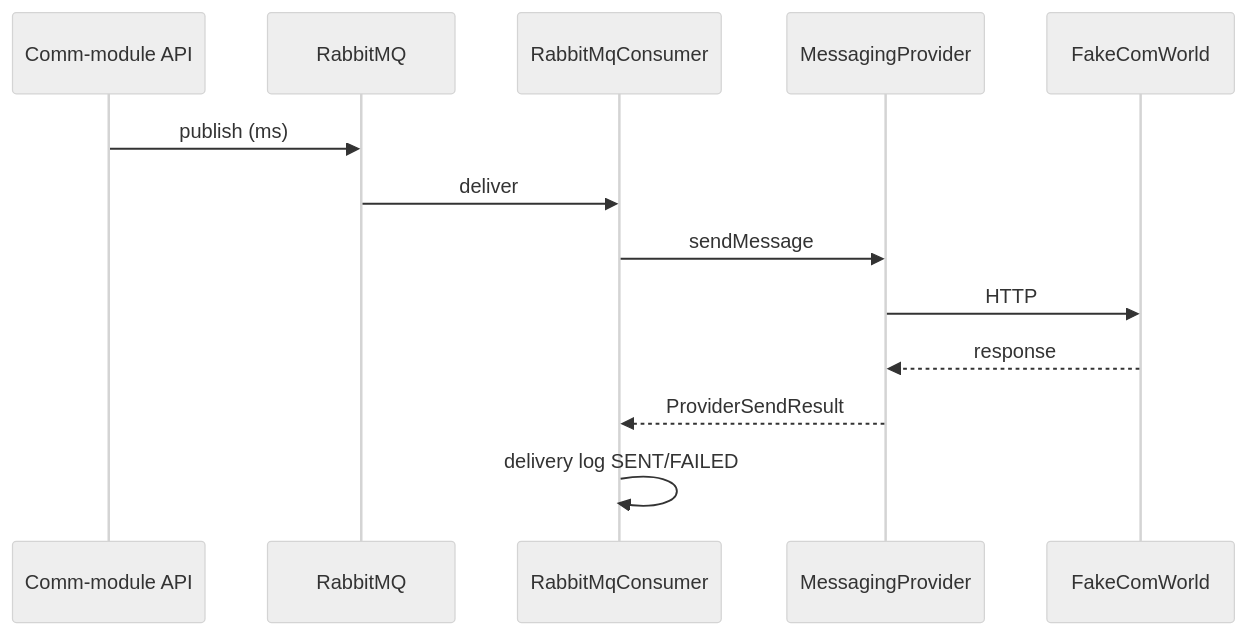
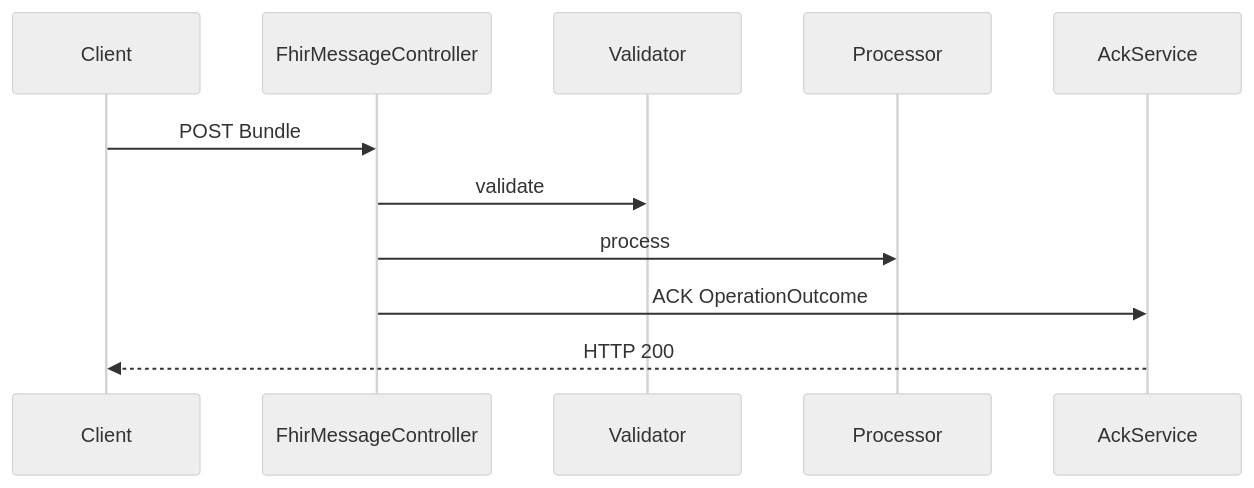
Before and after one commit to BoyanKloosterman/openmrs-comm-module: the diagram in PERFORMANCERAPPORTAGE.md, drawn with Mermaid (neutral theme). The commit also changed other lines of this file and 4 other files, not shown here.

````diff
--- a/PERFORMANCERAPPORTAGE.md
+++ b/PERFORMANCERAPPORTAGE.md
@@ -103,15 +101,13 @@
 ```mermaid
 sequenceDiagram
-  participant API as Comm-module API
-  participant Q as RabbitMQ
-  participant C as RabbitMqConsumer
-  participant P as MessagingProvider
-  participant F as FakeComWorld
-  API->>Q: publish (ms)
-  Q->>C: deliver
-  C->>P: sendMessage
-  P->>F: HTTP
-  F-->>P: response
-  P-->>C: ProviderSendResult
-  C->>C: delivery log SENT/FAILED
+  participant C as Client
+  participant API as FhirMessageController
+  participant V as Validator
+  participant P as Processor
+  participant A as AckService
+  C->>API: POST Bundle
+  API->>V: validate
+  API->>P: process
+  API->>A: ACK OperationOutcome
+  A-->>C: HTTP 200
 ```
````
